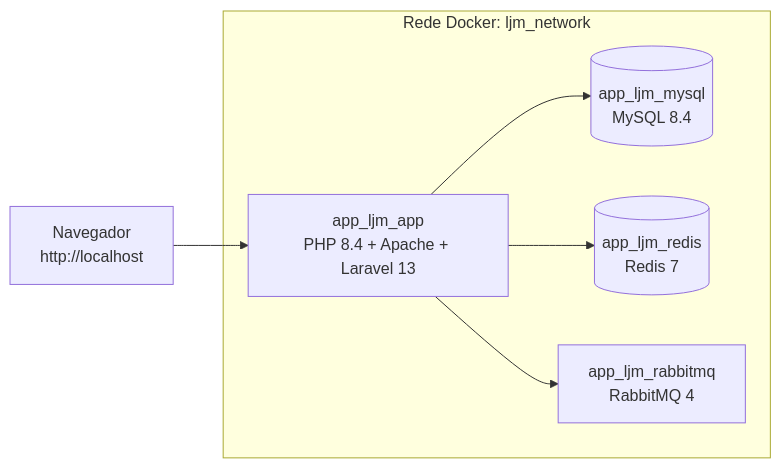
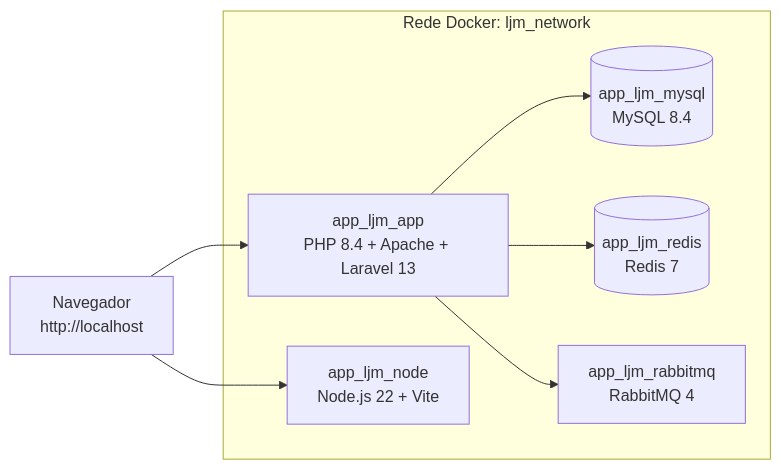
One commit to RegisSantos/app_ljm changed the diagram in README.md. Above: the diagram before and after it, drawn with Mermaid. The commit also changed other lines of this file and 47 other files, not shown here.

````diff
--- a/README.md
+++ b/README.md
@@ -75,16 +80,18 @@
 ```mermaid
 flowchart LR
     Browser["Navegador<br/>http://localhost"]
 
     subgraph ljm_network ["Rede Docker: ljm_network"]
         App["app_ljm_app<br/>PHP 8.4 + Apache + Laravel 13"]
+        Node["app_ljm_node<br/>Node.js 22 + Vite"]
         MySQL[("app_ljm_mysql<br/>MySQL 8.4")]
         Redis[("app_ljm_redis<br/>Redis 7")]
         RabbitMQ["app_ljm_rabbitmq<br/>RabbitMQ 4"]
     end
 
     Browser --> App
+    Browser --> Node
     App --> MySQL
     App --> Redis
     App --> RabbitMQ
 ```
````
